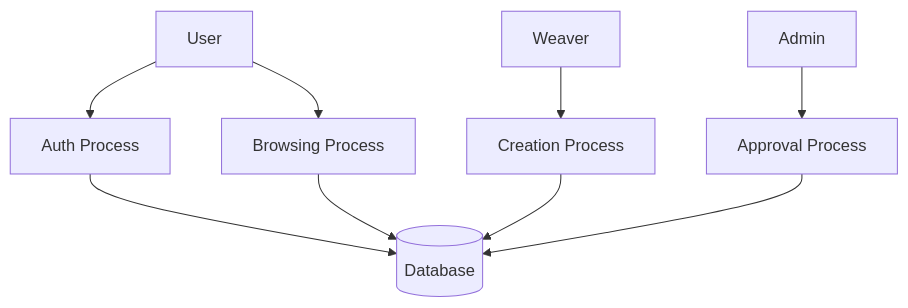
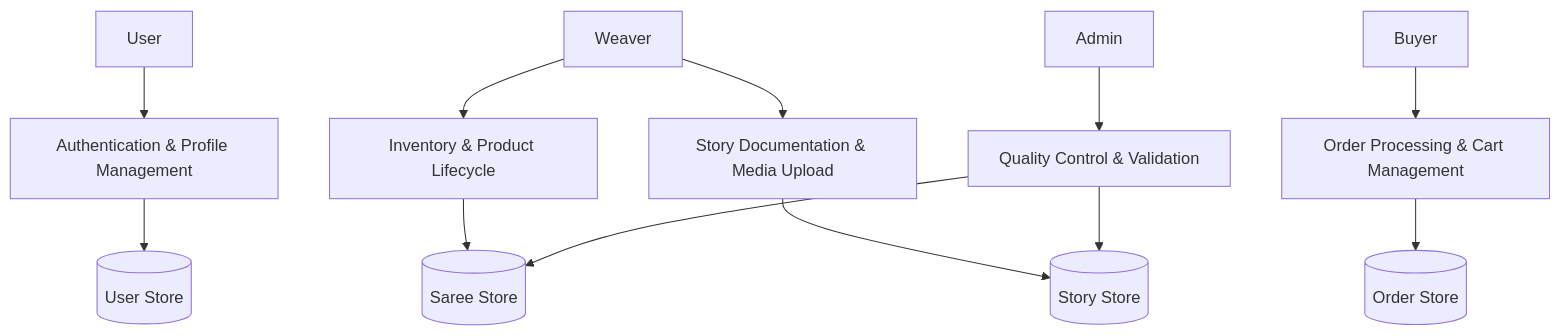
Before and after one commit to iBOYJAI/handloom-weavers-nexus: the third of 4 diagrams in COMPLETE_PROJECT_REPORT.md, drawn with Mermaid. The commit also changed other lines of this file and 1 other file, not shown here.

````diff
--- a/COMPLETE_PROJECT_REPORT.md
+++ b/COMPLETE_PROJECT_REPORT.md
@@ -91,11 +185,14 @@
 ```mermaid
 graph TD
-    U[User] --> P1[Auth Process]
-    P1 --> D[(Database)]
-    U --> P2[Browsing Process]
-    P2 --> D
-    W[Weaver] --> P3[Creation Process]
-    P3 --> D
-    A[Admin] --> P4[Approval Process]
-    P4 --> D
+    U[User] --> P1[Authentication & Profile Management]
+    P1 --> DS1[(User Store)]
+    W[Weaver] --> P2[Inventory & Product Lifecycle]
+    P2 --> DS2[(Saree Store)]
+    W --> P3[Story Documentation & Media Upload]
+    P3 --> DS3[(Story Store)]
+    A[Admin] --> P4[Quality Control & Validation]
+    P4 --> DS2
+    P4 --> DS3
+    B[Buyer] --> P5[Order Processing & Cart Management]
+    P5 --> DS4[(Order Store)]
 ```
````
